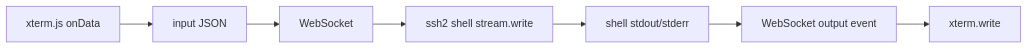
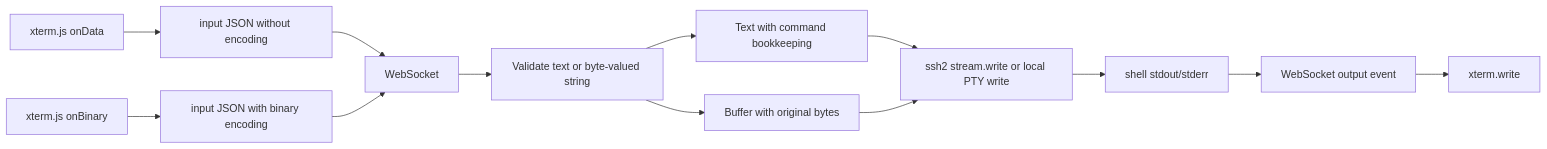
One commit to agoudbg/Cosmosh changed the second of 3 diagrams in docs/developer/runtime/ssh-terminal.md. Above: the diagram before and after it, drawn with Mermaid. The commit also changed other lines of this file and 13 other files, not shown here.

Commit message:
fix(terminal): preserve binary mouse input across transports

````diff
--- a/docs/developer/runtime/ssh-terminal.md
+++ b/docs/developer/runtime/ssh-terminal.md
@@ -198,9 +200,15 @@
 ```mermaid
 flowchart LR
-  XT[xterm.js onData] --> MSG[input JSON]
+  XT[xterm.js onData] --> MSG[input JSON without encoding]
+  BIN[xterm.js onBinary] --> BMSG[input JSON with binary encoding]
   MSG --> WS[WebSocket]
-  WS --> SSH[ssh2 shell stream.write]
+  BMSG --> WS
+  WS --> DECODE[Validate text or byte-valued string]
+  DECODE --> TEXT[Text with command bookkeeping]
+  DECODE --> BYTES[Buffer with original bytes]
+  TEXT --> SSH[ssh2 stream.write or local PTY write]
+  BYTES --> SSH
   SSH --> OUT[shell stdout/stderr]
   OUT --> WS2[WebSocket output event]
   WS2 --> XT2[xterm.write]
 ```
````
